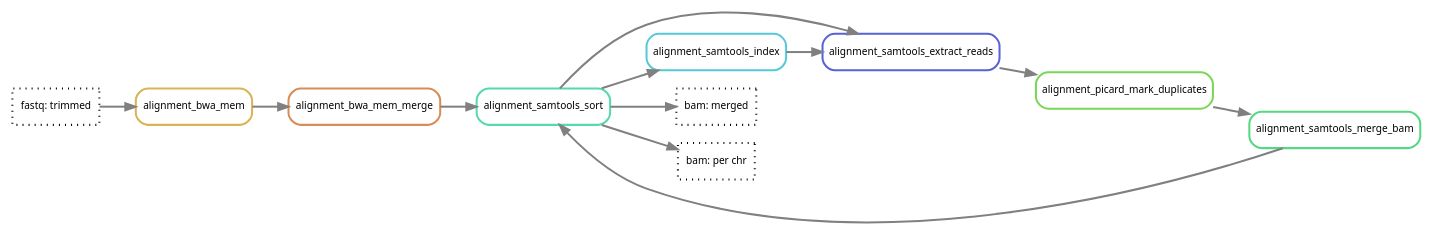
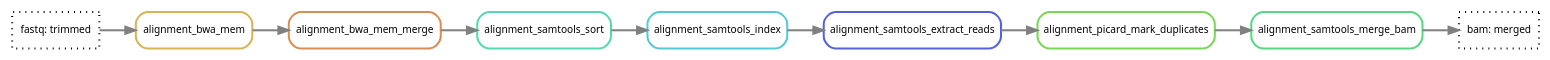
One commit to clinical-genomics-uppsala/marple_rd_tc changed the diagram in docs/includes/images/alignment.dot. Above: the diagram before and after it, drawn with Graphviz. The commit also changed 15 other files, not shown here.

```diff
--- a/docs/includes/images/alignment.dot
+++ b/docs/includes/images/alignment.dot
@@ -1,27 +1,23 @@
 digraph snakemake_dag {
 	rankdir=LR;
     graph[bgcolor=white, margin=0];
     node[shape=box, style=rounded, fontname=sans,                 fontsize=10, penwidth=2];
     edge[penwidth=2, color=grey];
 	0[label = "alignment_samtools_sort", color = "0.45 0.6 0.85", style="rounded"];
 	1[label = "alignment_samtools_merge_bam", color = "0.39 0.6 0.85", style="rounded"];
 	2[label = "alignment_picard_mark_duplicates", color = "0.29 0.6 0.85", style="rounded"];
 	3[label = "alignment_samtools_extract_reads", color = "0.65 0.6 0.85", style="rounded"];
 	4[label = "alignment_bwa_mem_merge", color = "0.07 0.6 0.85", style="rounded"];
 	5[label = "alignment_bwa_mem", color = "0.12 0.6 0.85", style="rounded"];
 	6[label = "fastq: trimmed", color = "0.0 0.0 0.0", style="dotted"];
 	7[label = "alignment_samtools_index", color = "0.52 0.6 0.85", style="rounded"];
 	8[label = "bam: merged", color = "0.0 0.0 0.0", style="dotted"];
-	9[label = "bam: per chr", color = "0.0 0.0 0.0", style="dotted"];
 	4 -> 0
-	1 -> 0
 	2 -> 1
 	3 -> 2
 	7 -> 3
-	0 -> 3
 	5 -> 4
 	6 -> 5
 	0 -> 7
-	0 -> 8
-	0 -> 9
+	1 -> 8
 }            
```
